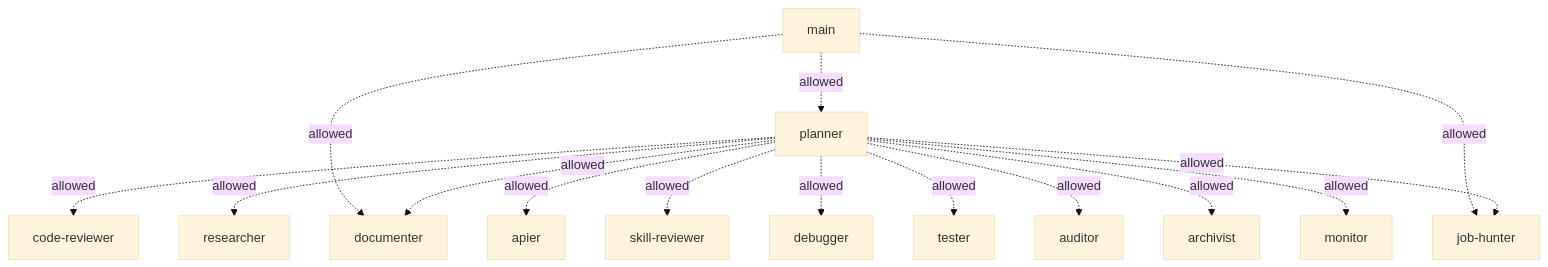
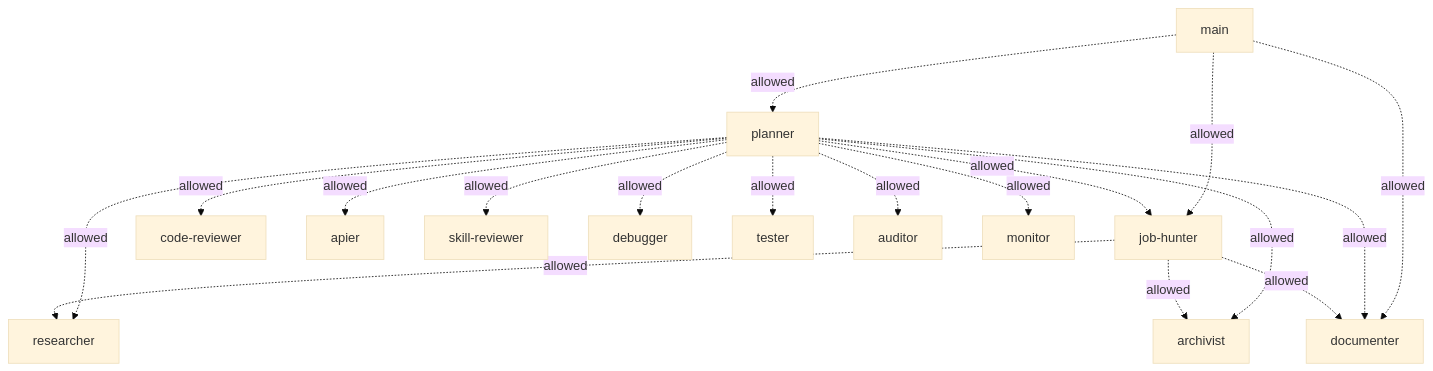
The diagram in agents/index.md (SrD836/jarvis-vault), drawn with Mermaid (base theme) before and after one commit. The commit also changed other lines of this file and 138 other files, not shown here.

````diff
--- a/agents/index.md
+++ b/agents/index.md
@@ -34,17 +35,20 @@
 ```mermaid
 graph TD
   main -.allowed.-> planner
   main -.allowed.-> documenter
   main -.allowed.-> job-hunter
   planner -.allowed.-> code-reviewer
   planner -.allowed.-> researcher
   planner -.allowed.-> documenter
   planner -.allowed.-> apier
   planner -.allowed.-> skill-reviewer
   planner -.allowed.-> debugger
   planner -.allowed.-> tester
   planner -.allowed.-> auditor
   planner -.allowed.-> archivist
   planner -.allowed.-> monitor
   planner -.allowed.-> job-hunter
+  job-hunter -.allowed.-> researcher
+  job-hunter -.allowed.-> documenter
+  job-hunter -.allowed.-> archivist
 ```
````
